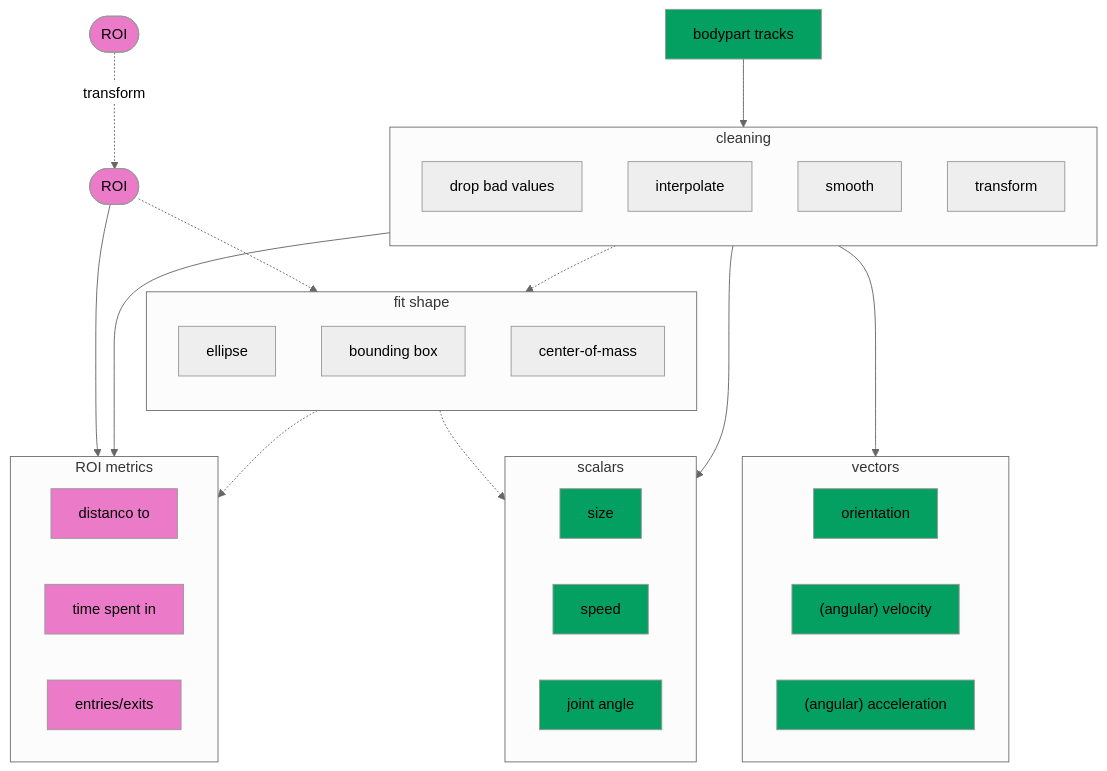
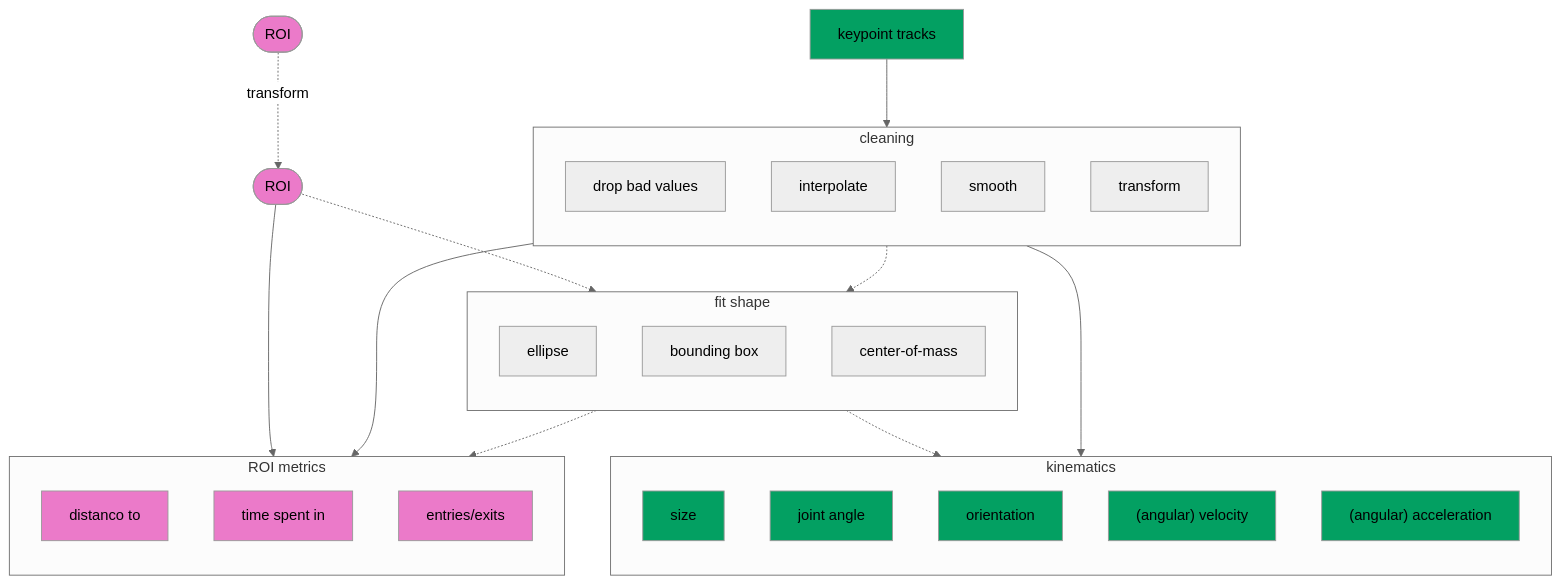
The diagram in diagrams/kinematics_wROI.mmd (neuroinformatics-unit/slides-behavioural-projects-overview), drawn with Mermaid (neutral theme) before and after one commit. The commit also changed 6 other files, not shown here.

```diff
--- a/diagrams/kinematics_wROI.mmd
+++ b/diagrams/kinematics_wROI.mmd
@@ -1,70 +1,64 @@
 flowchart TB
     classDef emphasis fill:#03A062;
     classDef aside fill:#EB7AC9;
 
-    tracks[bodypart tracks] --> cleaning
+    tracks[keypoint tracks] --> cleaning
     ROIpre([ROI]) -.-> |transform| ROI([ROI])
     ROI --> ROI_metrics
 
 
     subgraph cleaning
     direction TB
 
     drop["drop bad values"]
     interp["interpolate"]
     smooth["smooth"]
     transform
     end
 
     subgraph fit["fit shape"]
     direction TB
 
     ellipse
     bbox["bounding box"]
     center["center-of-mass"]
     end
 
     subgraph ROI_metrics["ROI metrics"]
-    direction LR
+    direction TB
 
     distance[distanco to]
     time[time spent in]
     entries[entries/exits]
     end
 
-    subgraph scalars
-    direction LR
+    subgraph kinematics
+    direction TB
 
     size
-    speed
     angle["joint angle"]
-    end
-
-    subgraph vectors
-    direction LR
-
     orientation
     velocity["(angular) velocity"]
     acceleration["(angular) acceleration"]
     end
 
     cleaning--> ROI_metrics
     ROI -.-> fit
-    fit -.-> scalars
+    fit -.-> kinematics
     fit -.-> ROI_metrics
-    cleaning ---> scalars & vectors
+    cleaning ---> kinematics
     cleaning -.-> fit
 
     class ROIpre aside
     class ROI aside
     class distance aside
     class time aside
     class entries aside
 
     class tracks emphasis
     class velocity emphasis
     class acceleration emphasis
     class orientation emphasis
     class size emphasis
     class speed emphasis
     class angle emphasis
```
